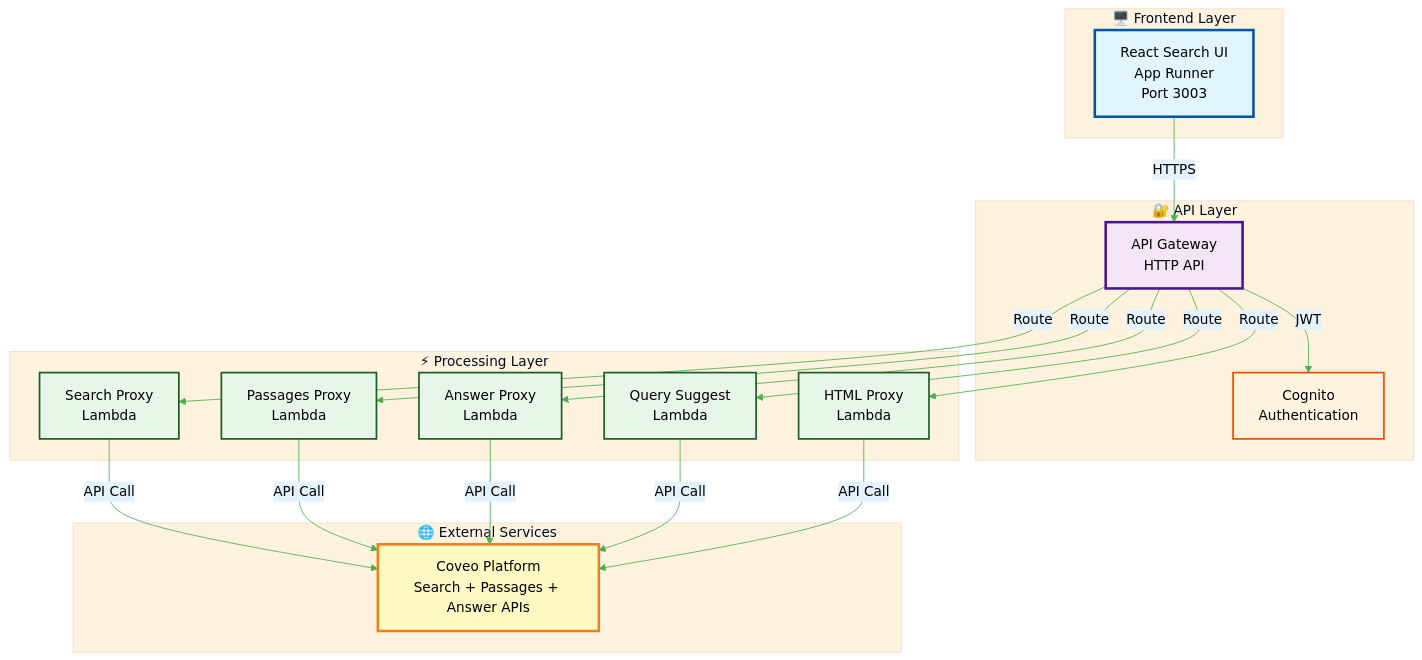
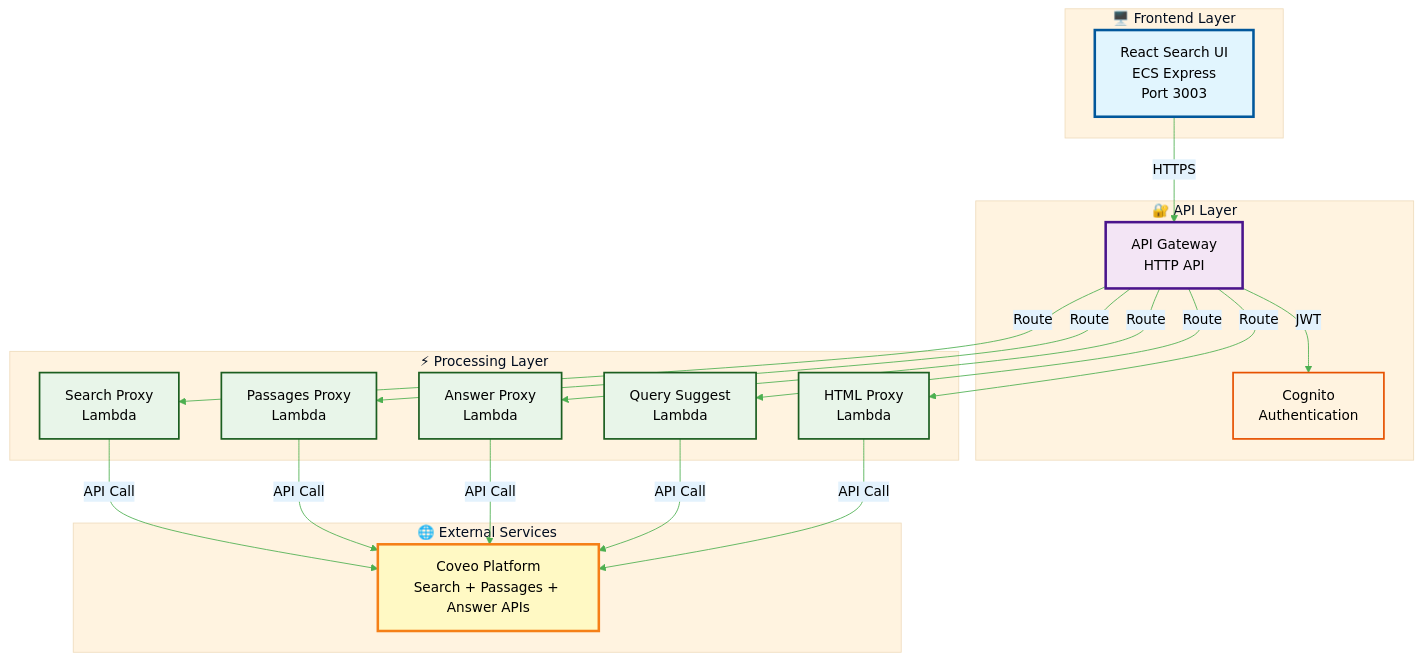
One commit to kpullagu/aws-coveo-workshop-stackset changed the first of 6 diagrams in mkdocs-workshop/docs/lab1/architecture.md. Above: the diagram before and after it, drawn with Mermaid. The commit also changed other lines of this file and 98 other files, not shown here.

````diff
--- a/mkdocs-workshop/docs/lab1/architecture.md
+++ b/mkdocs-workshop/docs/lab1/architecture.md
@@ -9,48 +9,48 @@
 ```mermaid
 %%{init: {'theme':'base', 'themeVariables': { 'primaryColor':'#e8f5e9','primaryTextColor':'#000','primaryBorderColor':'#4caf50','lineColor':'#4caf50','secondaryColor':'#e3f2fd','tertiaryColor':'#fff3e0'}}}%%
 graph TB
     subgraph Frontend["🖥️ Frontend Layer"]
-        UI[React Search UI<br/>App Runner<br/>Port 3003]
+        UI[React Search UI<br/>ECS Express<br/>Port 3003]
     end
     
     subgraph API["🔐 API Layer"]
         AG[API Gateway<br/>HTTP API]
         AUTH[Cognito<br/>Authentication]
     end
     
     subgraph Processing["⚡ Processing Layer"]
         SP[Search Proxy<br/>Lambda]
         PP[Passages Proxy<br/>Lambda]
         AP[Answer Proxy<br/>Lambda]
         QS[Query Suggest<br/>Lambda]
         HP[HTML Proxy<br/>Lambda]
     end
     
     subgraph External["🌐 External Services"]
         COVEO[Coveo Platform<br/>Search + Passages + Answer APIs]
     end
     
     UI -->|HTTPS| AG
     AG -->|JWT| AUTH
     AG -->|Route| SP
     AG -->|Route| PP
     AG -->|Route| AP
     AG -->|Route| QS
     AG -->|Route| HP
     
     SP -->|API Call| COVEO
     PP -->|API Call| COVEO
     AP -->|API Call| COVEO
     QS -->|API Call| COVEO
     HP -->|API Call| COVEO
     
     style UI fill:#e1f5fe,stroke:#01579b,stroke-width:3px
     style AG fill:#f3e5f5,stroke:#4a148c,stroke-width:3px
     style AUTH fill:#fff3e0,stroke:#e65100,stroke-width:2px
     style SP fill:#e8f5e9,stroke:#1b5e20,stroke-width:2px
     style PP fill:#e8f5e9,stroke:#1b5e20,stroke-width:2px
     style AP fill:#e8f5e9,stroke:#1b5e20,stroke-width:2px
     style QS fill:#e8f5e9,stroke:#1b5e20,stroke-width:2px
     style HP fill:#e8f5e9,stroke:#1b5e20,stroke-width:2px
     style COVEO fill:#fff9c4,stroke:#f57f17,stroke-width:3px
 ```
````
